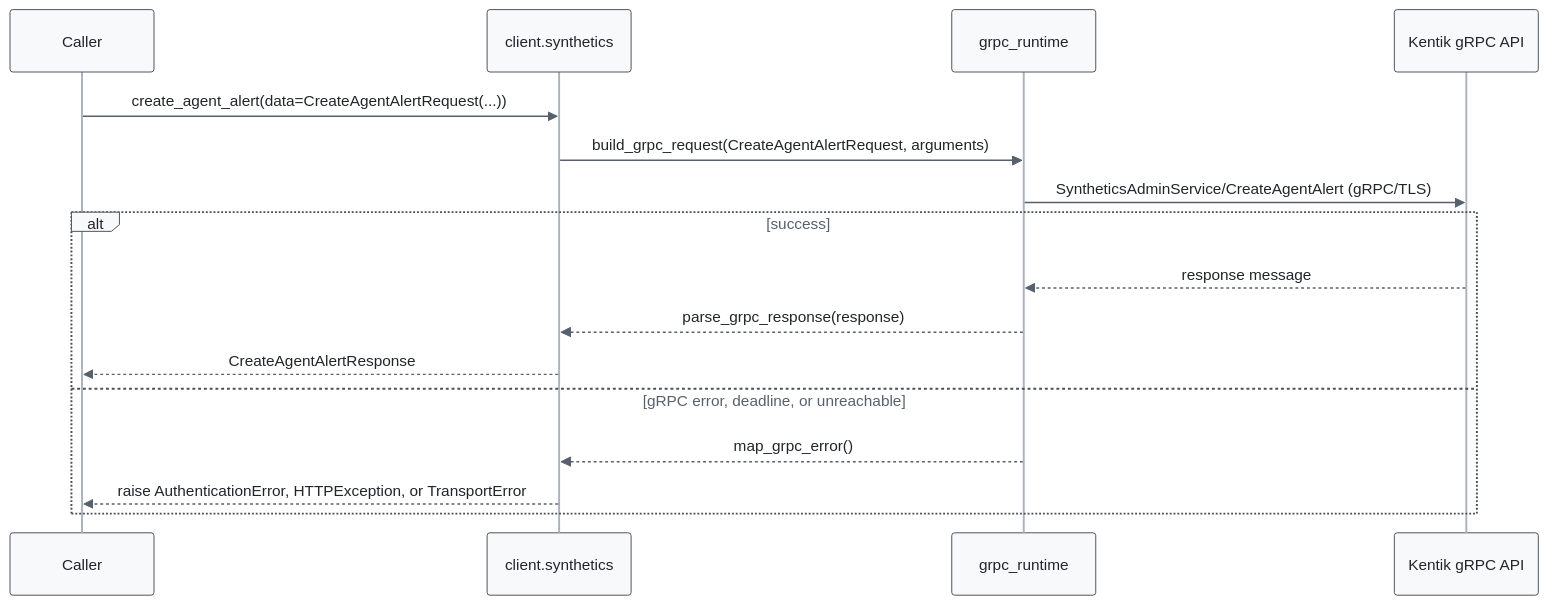
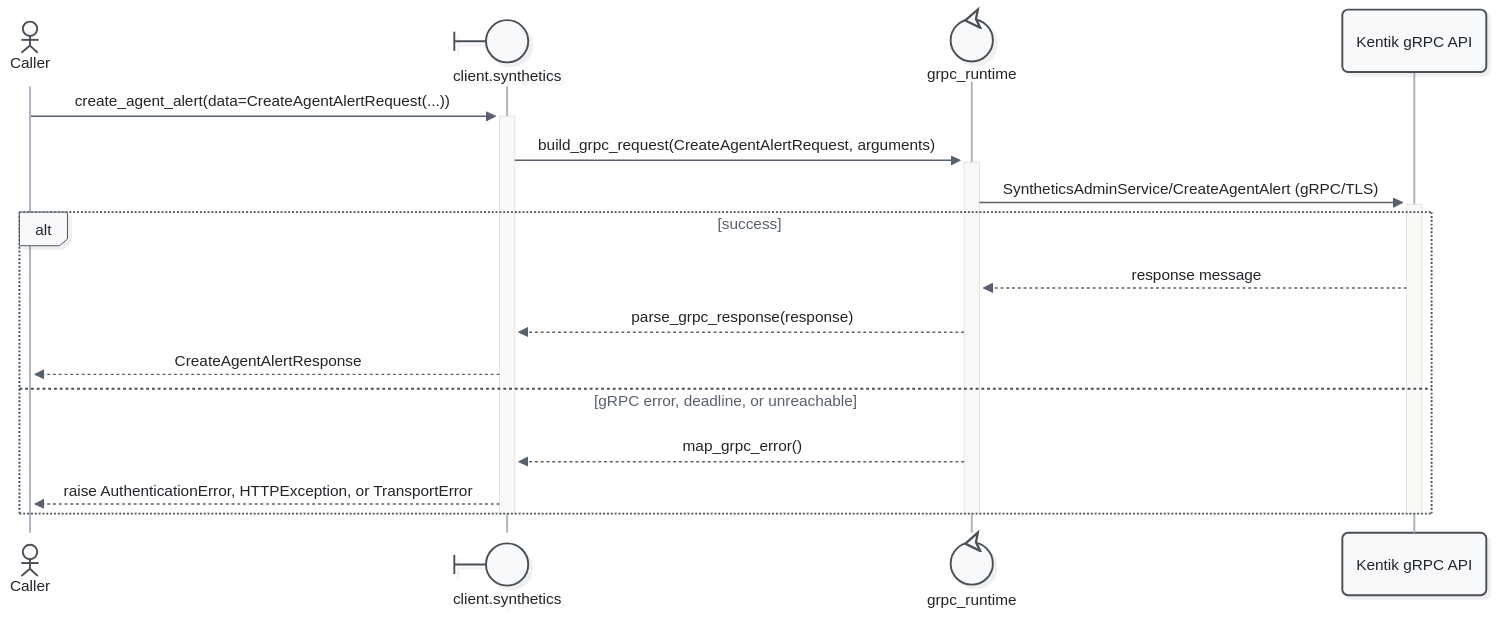
Before and after one commit to alexdearaujo/community_sdk_python: the fourth of 37 diagrams in docs/sphinx/services/synthetics.md, drawn with Mermaid. The commit also changed other lines of this file and 52 other files, not shown here.

First line of the commit message:
docs: Mermaid 12 sequence diagrams with participant types and path colors

````diff
--- a/docs/sphinx/services/synthetics.md
+++ b/docs/sphinx/services/synthetics.md
@@ -133,20 +140,23 @@
 ```mermaid
-%%{init: {"theme": "base", "fontFamily": "ui-monospace, SFMono-Regular, Menlo, monospace", "themeVariables": {"fontFamily": "ui-monospace, SFMono-Regular, Menlo, monospace", "primaryColor": "#f8f9fa", "primaryBorderColor": "#495057", "primaryTextColor": "#212529", "textColor": "#212529", "lineColor": "#77818c", "edgeLabelBackground": "#ffffff", "actorBkg": "#f8f9fa", "actorBorder": "#495057", "actorTextColor": "#212529", "actorLineColor": "#a9b3be", "signalColor": "#57616d", "signalTextColor": "#212529", "labelBoxBkgColor": "#f8f9fa", "labelBoxBorderColor": "#495057", "labelTextColor": "#212529", "loopTextColor": "#57616d", "noteBkgColor": "#fff9db", "noteBorderColor": "#f08c00", "noteTextColor": "#a35a00"}, "flowchart": {"curve": "step", "nodeSpacing": 30, "rankSpacing": 70, "wrappingWidth": 400}}}%%
+%%{init: {"theme": "redux", "look": "neo", "layout": "dagre", "fontFamily": "ui-monospace, SFMono-Regular, Menlo, monospace", "themeVariables": {"fontFamily": "ui-monospace, SFMono-Regular, Menlo, monospace", "primaryColor": "#f8f9fa", "primaryBorderColor": "#495057", "primaryTextColor": "#212529", "textColor": "#212529", "lineColor": "#77818c", "edgeLabelBackground": "#ffffff", "actorBkg": "#f8f9fa", "actorBorder": "#495057", "actorTextColor": "#212529", "actorLineColor": "#a9b3be", "signalColor": "#57616d", "signalTextColor": "#212529", "labelBoxBkgColor": "#f8f9fa", "labelBoxBorderColor": "#495057", "labelTextColor": "#212529", "loopTextColor": "#57616d", "noteBkgColor": "#fff9db", "noteBorderColor": "#f08c00", "noteTextColor": "#a35a00"}, "sequence": {"activationWidth": 16}, "flowchart": {"curve": "step", "nodeSpacing": 30, "rankSpacing": 70, "wrappingWidth": 400}}}%%
 sequenceDiagram
-    participant C as Caller
-    participant W as client.synthetics
-    participant R as grpc_runtime
+    actor C as Caller
+    participant W@{ "type": "boundary" } as client.synthetics
+    participant R@{ "type": "control" } as grpc_runtime
     participant API as Kentik gRPC API
 
-    C->>W: create_agent_alert(data=CreateAgentAlertRequest(...))
-    W->>R: build_grpc_request(CreateAgentAlertRequest, arguments)
-    R->>API: SyntheticsAdminService/CreateAgentAlert (gRPC/TLS)
+    C->>+W: create_agent_alert(data=CreateAgentAlertRequest(...))
+    W->>+R: build_grpc_request(CreateAgentAlertRequest, arguments)
+    R->>+API: SyntheticsAdminService/CreateAgentAlert (gRPC/TLS)
     alt success
         API-->>R: response message
         R-->>W: parse_grpc_response(response)
         W-->>C: CreateAgentAlertResponse
     else gRPC error, deadline, or unreachable
         R-->>W: map_grpc_error()
         W-->>C: raise AuthenticationError, HTTPException, or TransportError
     end
+    deactivate API
+    deactivate R
+    deactivate W
 ```
````
